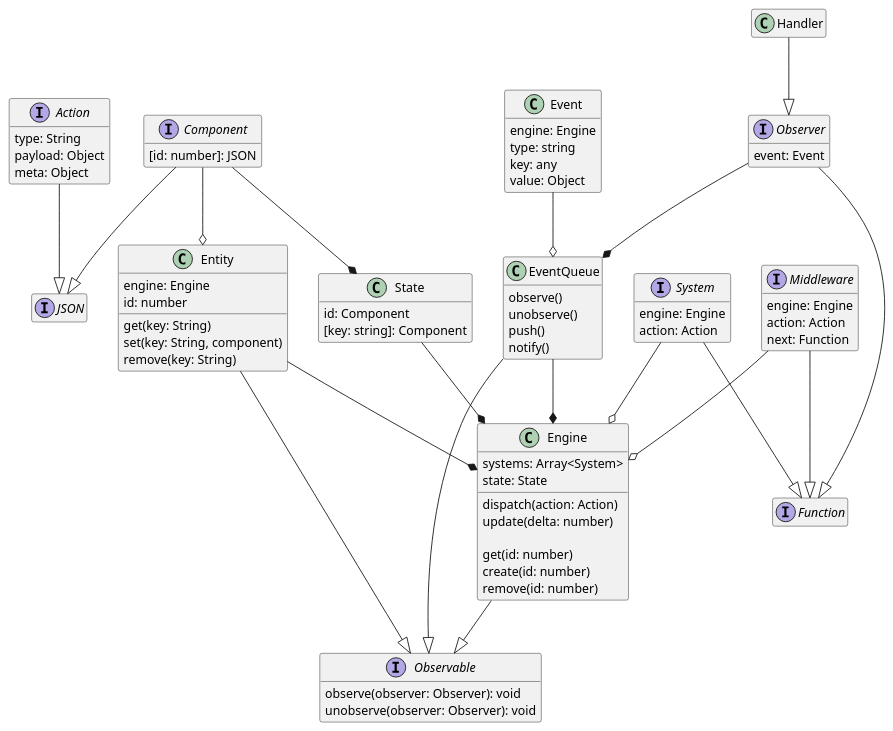
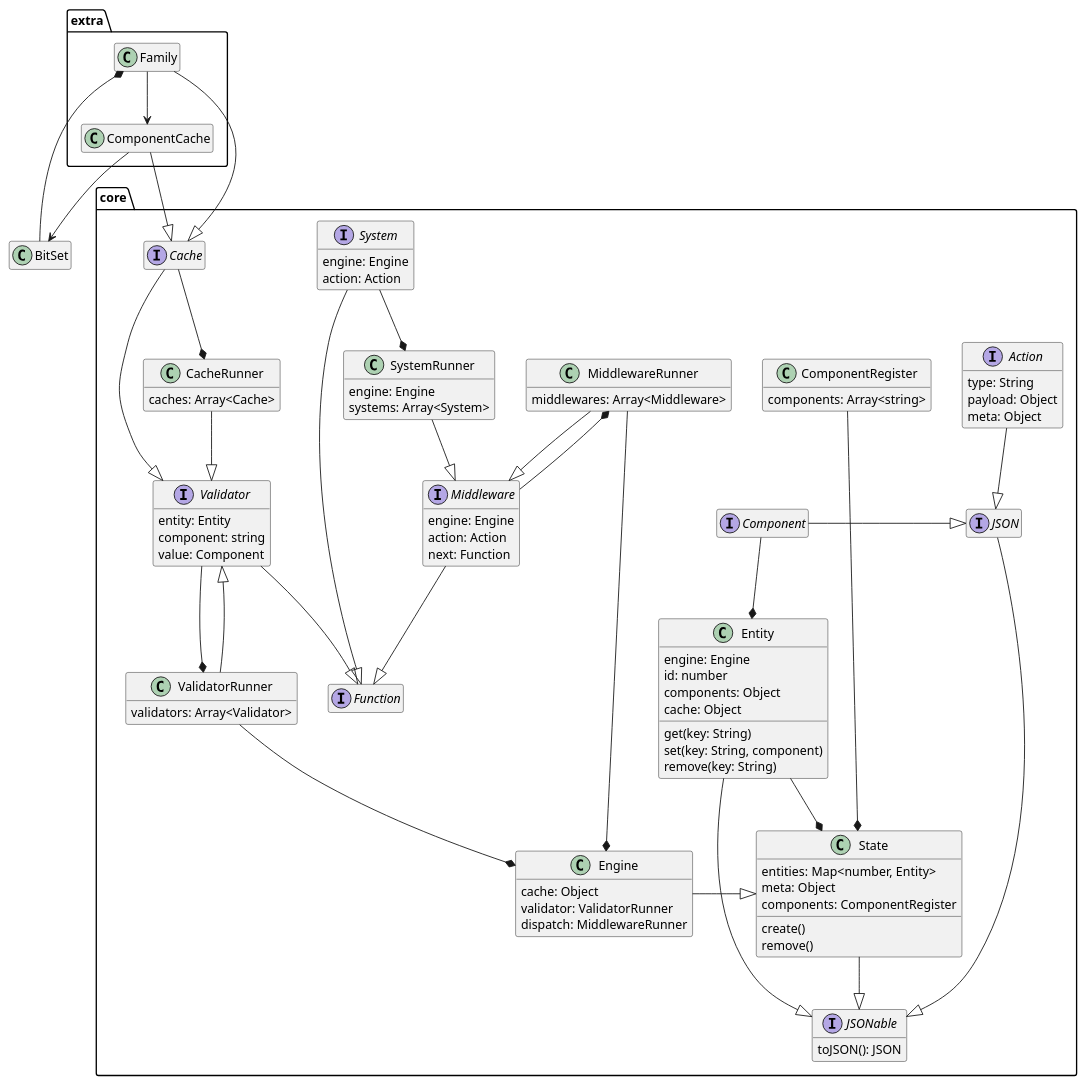
The diagram in doc/class.puml (yoo2001818/ecsalator), drawn with PlantUML before and after one commit. The commit also changed 3 other files, not shown here.

```diff
--- a/doc/class.puml
+++ b/doc/class.puml
@@ -1,110 +1,141 @@
 @startuml
 
 hide empty fields
 hide empty methods
 
-class Event {
-  engine: Engine
-  type: string
-  key: any
-  value: Object
+package core {
+
+  interface Action {
+    type: String
+    payload: Object
+    meta: Object
+  }
+
+  interface JSON
+  interface JSONable {
+    toJSON(): JSON
+  }
+
+  Action --|> JSON
+  JSON --|> JSONable
+
+  interface Middleware {
+    engine: Engine
+    action: Action
+    next: Function
+  }
+  class MiddlewareRunner {
+    middlewares: Array<Middleware>
+  }
+
+  MiddlewareRunner --|> Middleware
+  Middleware --* MiddlewareRunner
+
+  interface System {
+    ' Systems should be able to set up events, etc. However I don't suppose
+    ' That's system's job.
+    engine: Engine
+    action: Action
+  }
+  class SystemRunner {
+    engine: Engine
+    systems: Array<System>
+  }
+
+  SystemRunner --|> Middleware
+  System --* SystemRunner
+
+  interface Function
+
+  Middleware --|> Function
+  System --|> Function
+
+  interface Component {
+  }
+
+  Component -|> JSON
+
+  class Entity {
+    engine: Engine
+    id: number
+    components: Object
+    cache: Object
+    get(key: String)
+    set(key: String, component)
+    remove(key: String)
+  }
+
+  Component --* Entity
+  Entity -|> JSONable
+
+  class State {
+    entities: Map<number, Entity>
+    meta: Object
+    components: ComponentRegister
+
+    create()
+    remove()
+  }
+
+  Entity --* State
+  State --|> JSONable
+  ComponentRegister ----* State
+
+  class ComponentRegister {
+    components: Array<string>
+  }
+
+  interface Validator {
+    entity: Entity
+    component: string
+    value: Component
+  }
+
+  Validator --|> Function
+
+  class ValidatorRunner {
+    validators: Array<Validator>
+  }
+
+  ValidatorRunner --|> Validator
+  Validator --* ValidatorRunner
+
+  interface Cache {
+  }
+
+  Cache --|> Validator
+
+  class CacheRunner {
+    caches: Array<Cache>
+  }
+
+  CacheRunner --|> Validator
+
+  Cache --* CacheRunner
+
+  class Engine {
+    cache: Object
+    validator: ValidatorRunner
+    dispatch: MiddlewareRunner
+  }
+
+  ValidatorRunner --* Engine
+  MiddlewareRunner --* Engine
+  Engine -|> State
+
 }
 
-interface Observable {
-  observe(observer: Observer): void
-  unobserve(observer: Observer): void
+class BitSet
+
+package extra {
+  class ComponentCache
+  ComponentCache --|> Cache
+  ComponentCache --> BitSet
+  class Family
+  BitSet --* Family
+  Family --|> Cache
+  Family --> ComponentCache
 }
-
-interface Action {
-  type: String
-  payload: Object
-  meta: Object
-}
-interface Component {
-  [id: number]: JSON
-}
-interface JSON
-
-Action --|> JSON
-Component --|> JSON
-
-Component --* State
-
-interface Middleware {
-  engine: Engine
-  action: Action
-  next: Function
-}
-interface System {
-  ' Systems should be able to set up events, etc. However I don't suppose
-  ' That's system's job.
-  engine: Engine
-  action: Action
-}
-interface Observer {
-  event: Event
-}
-interface Function
-
-Middleware --|> Function
-System --|> Function
-Observer --|> Function
-
-class Handler {
-}
-
-Handler --|> Observer
-
-class State {
-  id: Component
-  [key: string]: Component
-}
-
-class Engine {
-  ' EventListener add / delete
-  ' System add and delete should be done at initalization time
-  ' Middleware too
-  ' Component too, since Components are managed by the engine.
-  systems: Array<System>
-  state: State
-
-  dispatch(action: Action)
-  update(delta: number)
-
-  get(id: number)
-  create(id: number)
-  remove(id: number)
-}
-
-Middleware --o Engine
-System --o Engine
-Engine --|> Observable
-State --* Engine
-
-class Entity {
-  engine: Engine
-  id: number
-  get(key: String)
-  set(key: String, component)
-  remove(key: String)
-}
-
-Component --o Entity
-Entity --* Engine
-Entity --|> Observable
-
-class EventQueue {
-  observe()
-  unobserve()
-  push()
-  notify()
-}
-
-EventQueue --|> Observable
-EventQueue --* Engine
-Observer --* EventQueue
-Event --o EventQueue
-
 
 
 @enduml
```
